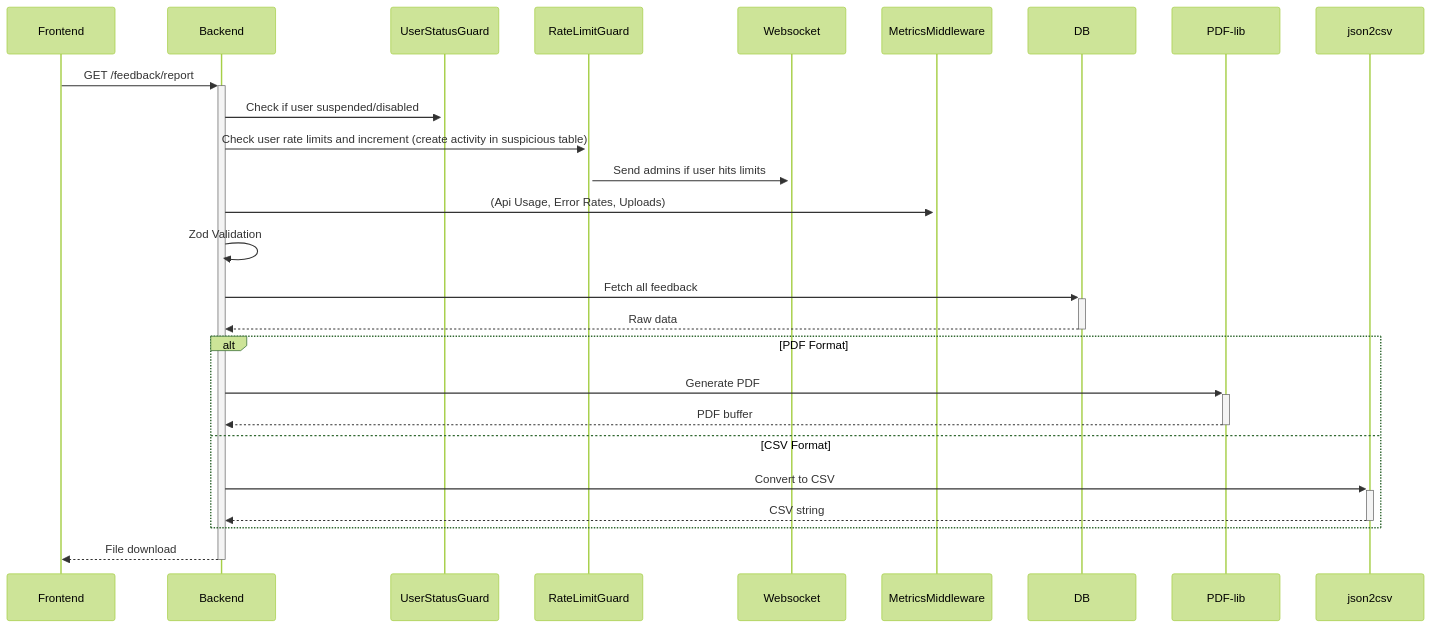
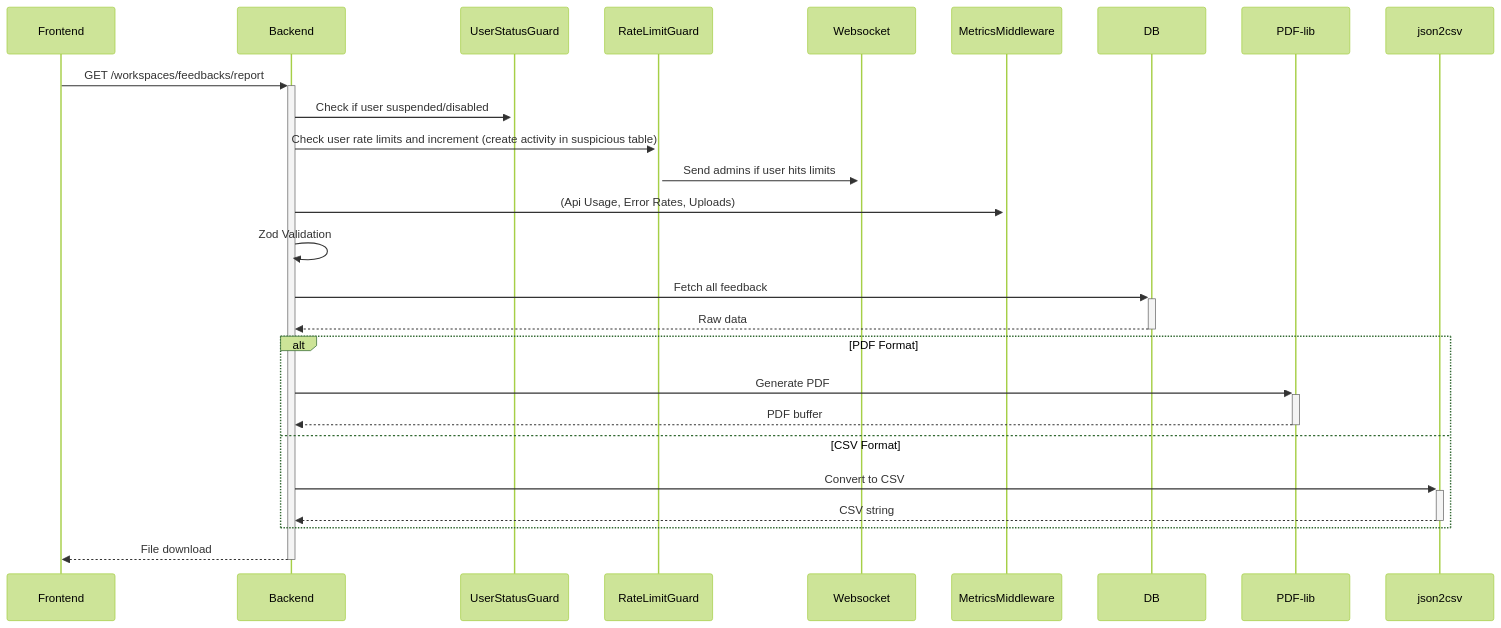
One commit to Xayrulloh/Feedback-Sentiment changed diagram 12 of 33 in README.md. Above: the diagram before and after it, drawn with Mermaid (forest theme). The commit also changed other lines of this file, not shown here.

````diff
--- a/README.md
+++ b/README.md
@@ -272,19 +327,19 @@
 ```mermaid
 sequenceDiagram
-    Frontend->>+Backend: GET /feedback/report
+    Frontend->>+Backend: GET /workspaces/feedbacks/report
     Backend->>+UserStatusGuard: Check if user suspended/disabled
     Backend->>+RateLimitGuard: Check user rate limits and increment (create activity in suspicious table)
     RateLimitGuard->>+Websocket: Send admins if user hits limits
     Backend->>+MetricsMiddleware: (Api Usage, Error Rates, Uploads)
     Backend->>Backend: Zod Validation
     Backend->>+DB: Fetch all feedback
     DB-->>-Backend: Raw data
     alt PDF Format
         Backend->>+PDF-lib: Generate PDF
         PDF-lib-->>-Backend: PDF buffer
     else CSV Format
         Backend->>+json2csv: Convert to CSV
         json2csv-->>-Backend: CSV string
     end
     Backend-->>-Frontend: File download
 ```
````
